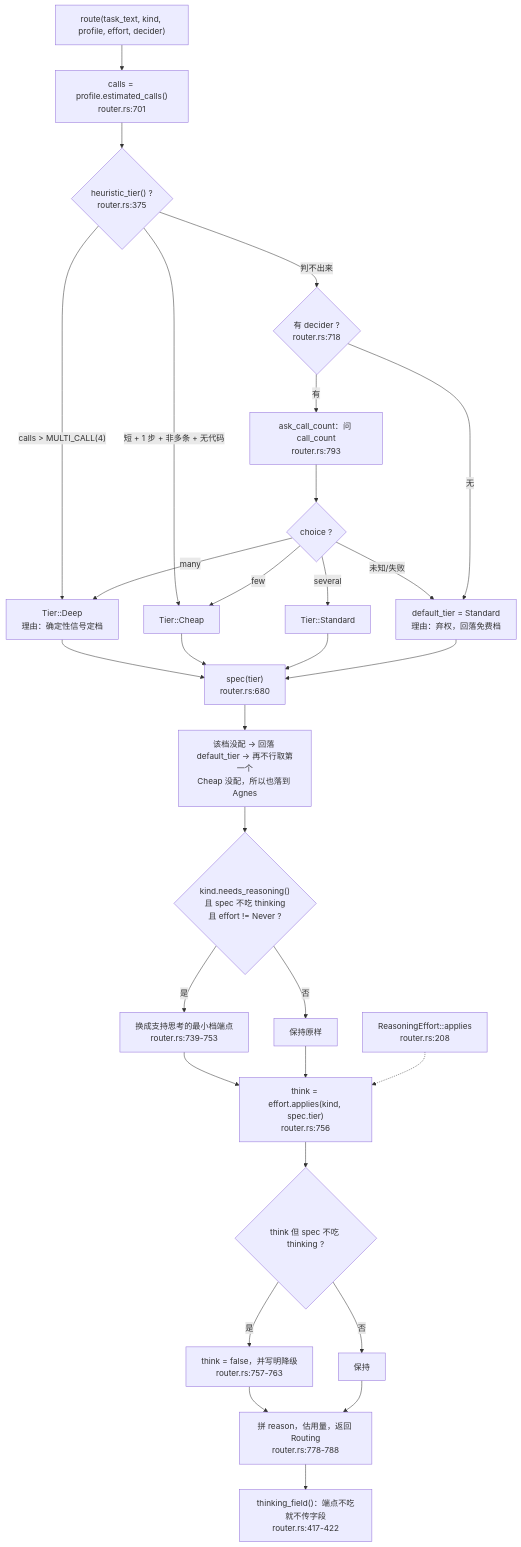
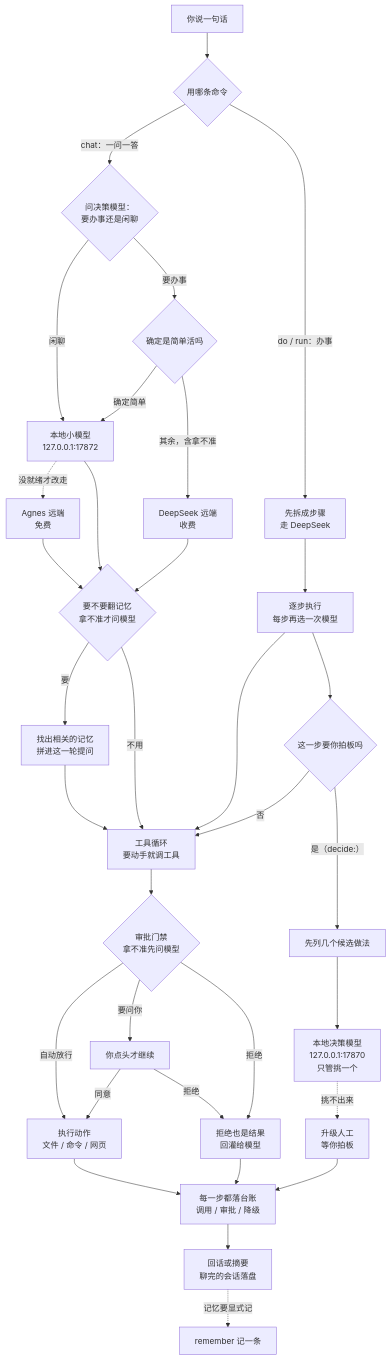
Before and after one commit to sjxbbdb/YunXi-Bot: the first of 5 diagrams in README.md, drawn with Mermaid. The commit also changed other lines of this file, not shown here.

First line of the commit message:
README 加回全链路架构图 + 修掉几处低报（D130）

````diff
--- a/README.md
+++ b/README.md
@@ -117,36 +114,35 @@
 ```mermaid
 flowchart TD
-    START["route(task_text, kind, profile, effort, decider)"] --> C1["calls = profile.estimated_calls()<br/>router.rs:701"]
-    C1 --> H{"heuristic_tier() ?<br/>router.rs:375"}
-    H -->|"calls &gt; MULTI_CALL(4)"| T1["Tier::Deep<br/>理由：确定性信号定档"]
-    H -->|"短 + 1 步 + 非多条 + 无代码"| T2["Tier::Cheap"]
-    H -->|"判不出来"| D{"有 decider ?<br/>router.rs:718"}
-
-    D -->|"有"| D1["ask_call_count：问 call_count<br/>router.rs:793"]
-    D1 --> D2{"choice ?"}
-    D2 -->|"few"| T2
-    D2 -->|"several"| T3["Tier::Standard"]
-    D2 -->|"many"| T1
-    D2 -->|"未知/失败"| T4["default_tier = Standard<br/>理由：弃权，回落免费档"]
-    D -->|"无"| T4
-
-    T1 --> SPEC["spec(tier)<br/>router.rs:680"]
-    T2 --> SPEC
-    T3 --> SPEC
-    T4 --> SPEC
-    SPEC --> SPEC1["该档没配 → 回落 default_tier → 再不行取第一个<br/>Cheap 没配，所以也落到 Agnes"]
-    SPEC1 --> X1{"kind.needs_reasoning()<br/>且 spec 不吃 thinking<br/>且 effort != Never ?"}
-    X1 -->|"是"| X2["换成支持思考的最小档端点<br/>router.rs:739-753"]
-    X1 -->|"否"| X3["保持原样"]
-    X2 --> TH
-    X3 --> TH
-
-    TH["think = effort.applies(kind, spec.tier)<br/>router.rs:756"] --> TH1{"think 但 spec 不吃 thinking ?"}
-    TH1 -->|"是"| TH2["think = false，并写明降级<br/>router.rs:757-763"]
-    TH1 -->|"否"| TH3["保持"]
-    TH2 --> OUT
-    TH3 --> OUT
-    OUT["拼 reason，估用量，返回 Routing<br/>router.rs:778-788"] --> OUT1["thinking_field()：端点不吃就不传字段<br/>router.rs:417-422"]
-
-    APPLIES["ReasoningEffort::applies<br/>router.rs:208"] -.-> TH
+    U["你说一句话"] --> WORK{"用哪条命令"}
+    WORK -- "chat：一问一答" --> CMP{"问决策模型：<br/>要办事还是闲聊"}
+    WORK -- "do / run：办事" --> PLAN["先拆成步骤<br/>走 DeepSeek"]
+    CMP -- "闲聊" --> LOC["本地小模型<br/>127.0.0.1:17872"]
+    CMP -- "要办事" --> HV{"确定是简单活吗"}
+    LOC -. "没就绪才改走" .-> AG["Agnes 远端<br/>免费"]
+    AG --> MEM
+    HV -- "确定简单" --> LOC
+    HV -- "其余，含拿不准" --> DS["DeepSeek 远端<br/>收费"]
+    LOC --> MEM{"要不要翻记忆<br/>拿不准才问模型"}
+    DS --> MEM
+    MEM -- "要" --> RCL["找出相关的记忆<br/>拼进这一轮提问"]
+    RCL --> LOOP
+    MEM -- "不用" --> LOOP
+    PLAN --> STEP["逐步执行<br/>每步再选一次模型"]
+    STEP --> LOOP["工具循环<br/>要动手就调工具"]
+    STEP --> DP{"这一步要你拍板吗"}
+    DP -- "是（decide:）" --> OPT["先列几个候选做法"]
+    OPT --> DEC["本地决策模型<br/>127.0.0.1:17870<br/>只管挑一个"]
+    DEC -. "挑不出来" .-> HUMAN["升级人工<br/>等你拍板"]
+    DP -- "否" --> LOOP
+    LOOP --> GATE{"审批门禁<br/>拿不准先问模型"}
+    GATE -- "自动放行" --> RUN["执行动作<br/>文件 / 命令 / 网页"]
+    GATE -- "要问你" --> ASKH["你点头才继续"]
+    ASKH -- "同意" --> RUN
+    ASKH -- "拒绝" --> REJ
+    GATE -- "拒绝" --> REJ["拒绝也是结果<br/>回灌给模型"]
+    RUN --> LEDGER["每一步都落台账<br/>调用 / 审批 / 降级"]
+    REJ --> LEDGER
+    HUMAN --> LEDGER
+    LEDGER --> DONE["回话或摘要<br/>聊完的会话落盘"]
+    DONE -. "记忆要显式记" .-> MEMO["remember 记一条"]
 ```
````
